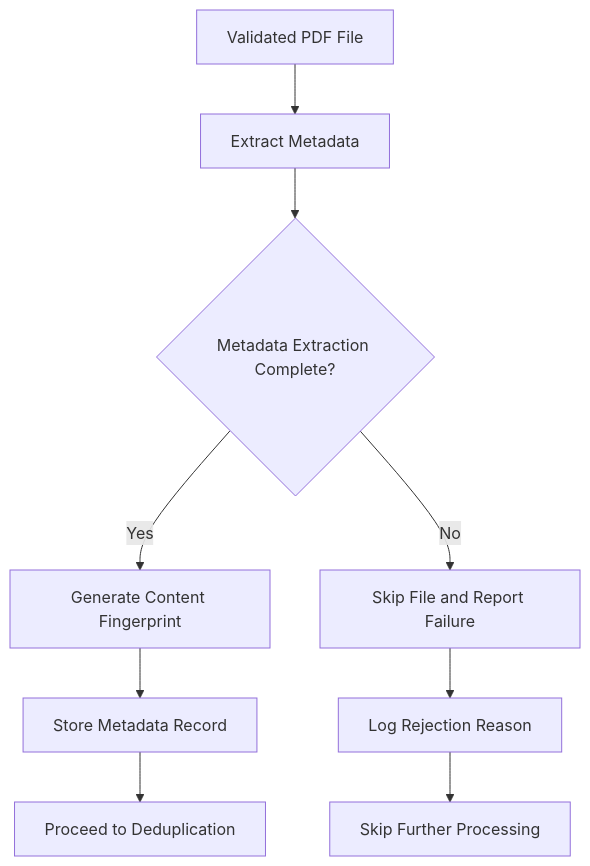
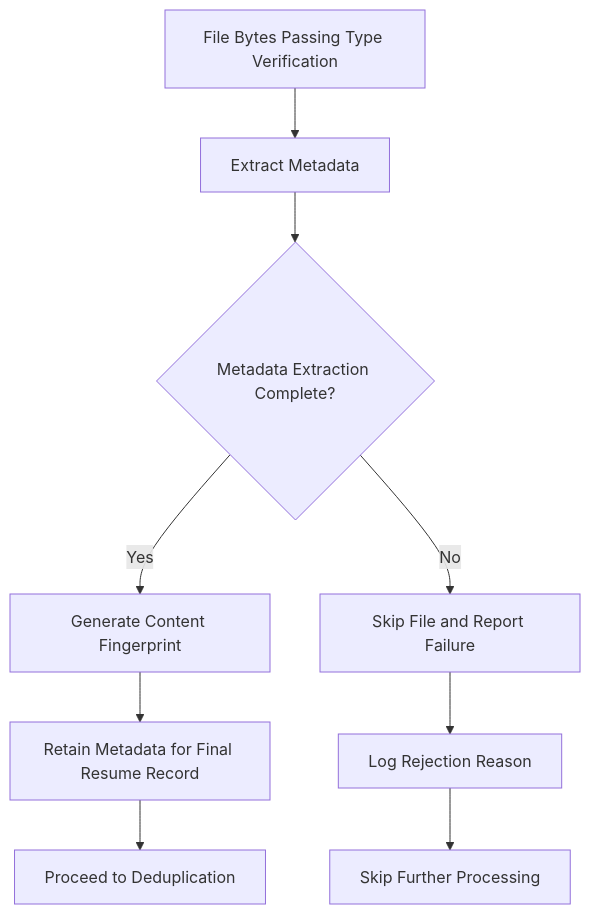
The diagram in docs/system/resume-processing/processes/2-metadata-extraction.md (DelgadoArlee/cv-brewer), drawn with Mermaid before and after one commit. The commit also changed other lines of this file and 184 other files, not shown here.

````diff
--- a/docs/system/resume-processing/processes/2-metadata-extraction.md
+++ b/docs/system/resume-processing/processes/2-metadata-extraction.md
@@ -9,11 +9,11 @@
 ```mermaid
 flowchart TD
-    A[Validated PDF File] --> B[Extract Metadata]
+    A[File Bytes Passing Type Verification] --> B[Extract Metadata]
     B --> C{Metadata Extraction Complete?}
     C -->|Yes| D[Generate Content Fingerprint]
     C -->|No| E[Skip File and Report Failure]
-    D --> F[Store Metadata Record]
+    D --> F[Retain Metadata for Final Resume Record]
     E --> G[Log Rejection Reason]
     F --> H[Proceed to Deduplication]
     G --> I[Skip Further Processing]
 ```
````
